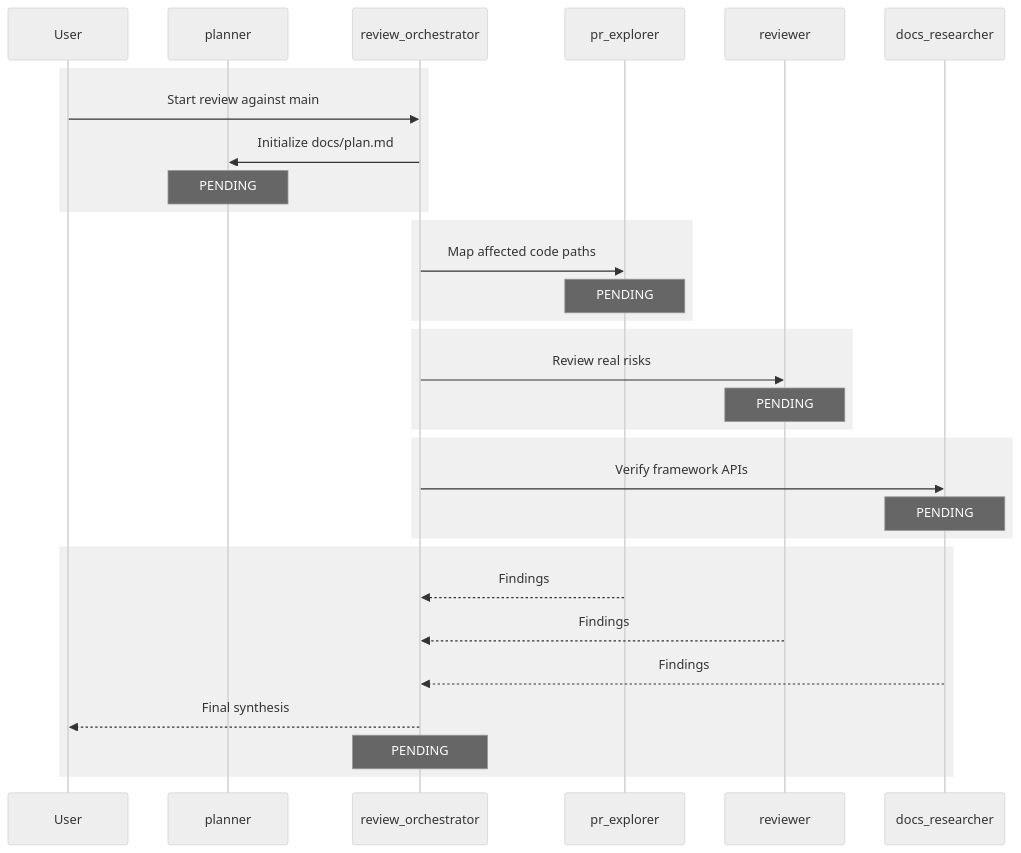
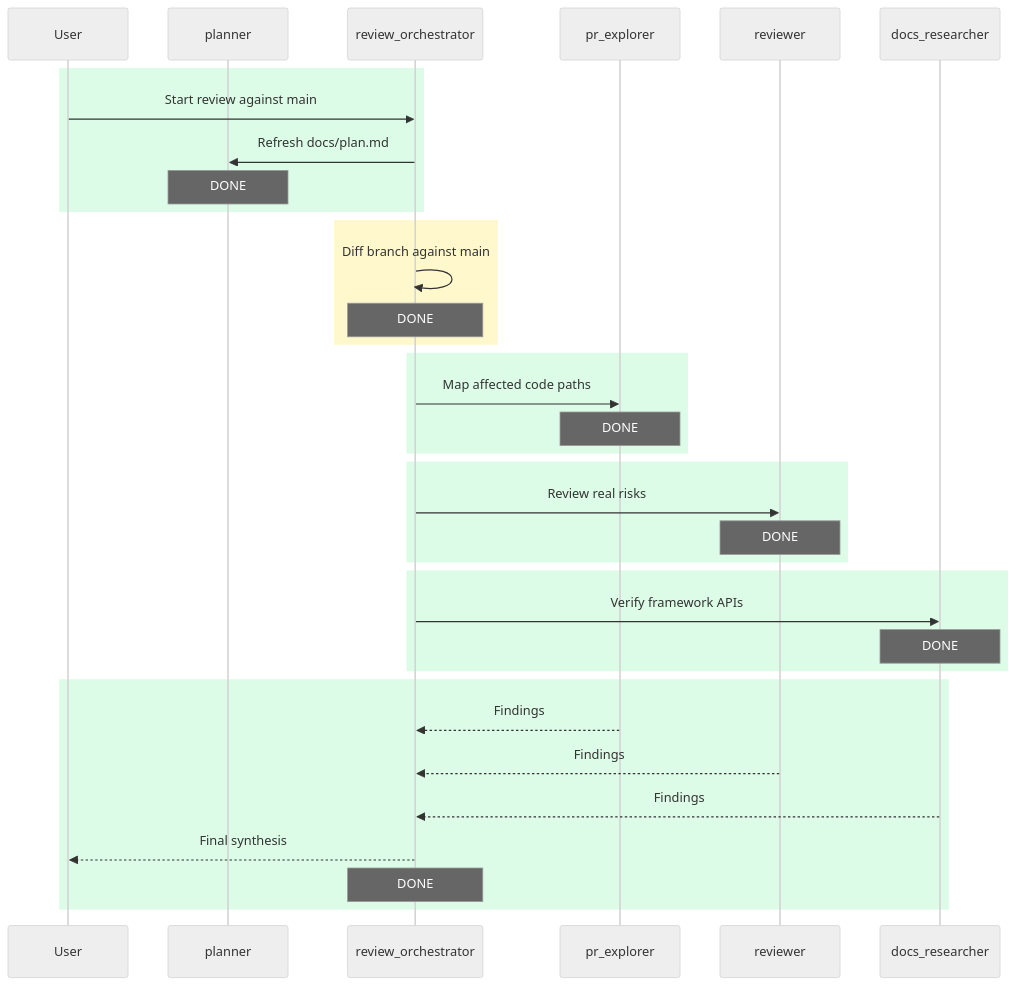
One commit to juananmora/test-codex-ide changed the diagram in docs/plan.md. Above: the diagram before and after it, drawn with Mermaid (neutral theme). The commit also changed other lines of this file and 3 other files, not shown here.

Commit message:
Update planner and review_orchestrator configurations; enhance plan.md and add README for per-run plans

````diff
--- a/docs/plan.md
+++ b/docs/plan.md
@@ -36,38 +37,43 @@
 ```mermaid
 sequenceDiagram
     participant U as User
     participant P as planner
     participant O as review_orchestrator
     participant E as pr_explorer
     participant R as reviewer
     participant D as docs_researcher
 
-    rect rgb(240, 240, 240)
+    rect rgb(220, 252, 231)
         U->>O: Start review against main
-        O->>P: Initialize docs/plan.md
-        Note over P: PENDING
+        O->>P: Refresh docs/plan.md
+        Note over P: DONE
     end
 
-    rect rgb(240, 240, 240)
-        O->>E: Map affected code paths
-        Note over E: PENDING
+    rect rgb(255, 248, 204)
+        O->>O: Diff branch against main
+        Note over O: DONE
     end
 
-    rect rgb(240, 240, 240)
-        O->>R: Review real risks
-        Note over R: PENDING
+    rect rgb(220, 252, 231)
+        O->>E: Map affected code paths
+        Note over E: DONE
     end
 
-    rect rgb(240, 240, 240)
-        O->>D: Verify framework APIs
-        Note over D: PENDING
+    rect rgb(220, 252, 231)
+        O->>R: Review real risks
+        Note over R: DONE
     end
 
-    rect rgb(240, 240, 240)
+    rect rgb(220, 252, 231)
+        O->>D: Verify framework APIs
+        Note over D: DONE
+    end
+
+    rect rgb(220, 252, 231)
         E-->>O: Findings
         R-->>O: Findings
         D-->>O: Findings
         O-->>U: Final synthesis
-        Note over O: PENDING
+        Note over O: DONE
     end
 ```
````
